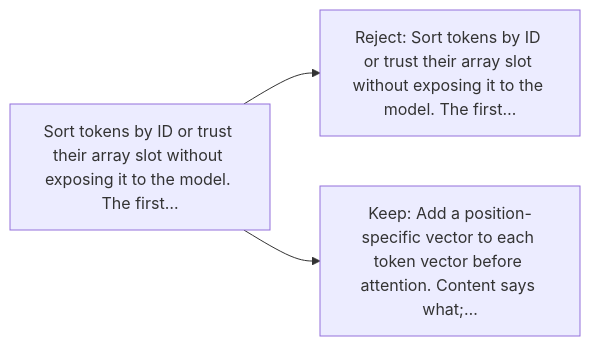
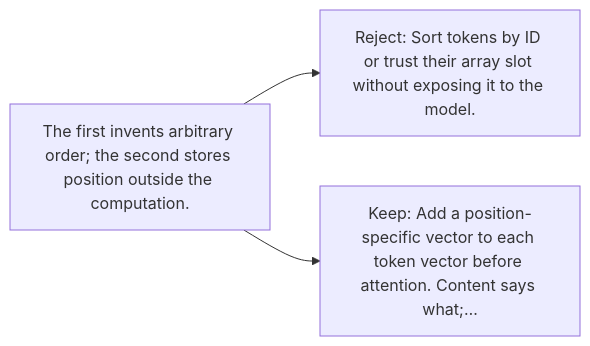
Before and after one commit to kleem-labs/AI-Archaeology: the diagram in excavations/038-position/diagram.md, drawn with Mermaid. The commit also changed other lines of this file and 165 other files, not shown here.

````diff
--- a/excavations/038-position/diagram.md
+++ b/excavations/038-position/diagram.md
@@ -5,5 +5,5 @@
 ```mermaid
 flowchart LR
-    B["Sort tokens by ID or trust their array slot without exposing it to the model. The first…"] --> A["Reject: Sort tokens by ID or trust their array slot without exposing it to the model. The first…"]
+    B["The first invents arbitrary order; the second stores position outside the computation."] --> A["Reject: Sort tokens by ID or trust their array slot without exposing it to the model."]
     B --> C["Keep: Add a position-specific vector to each token vector before attention. Content says what;…"]
 ```
````
